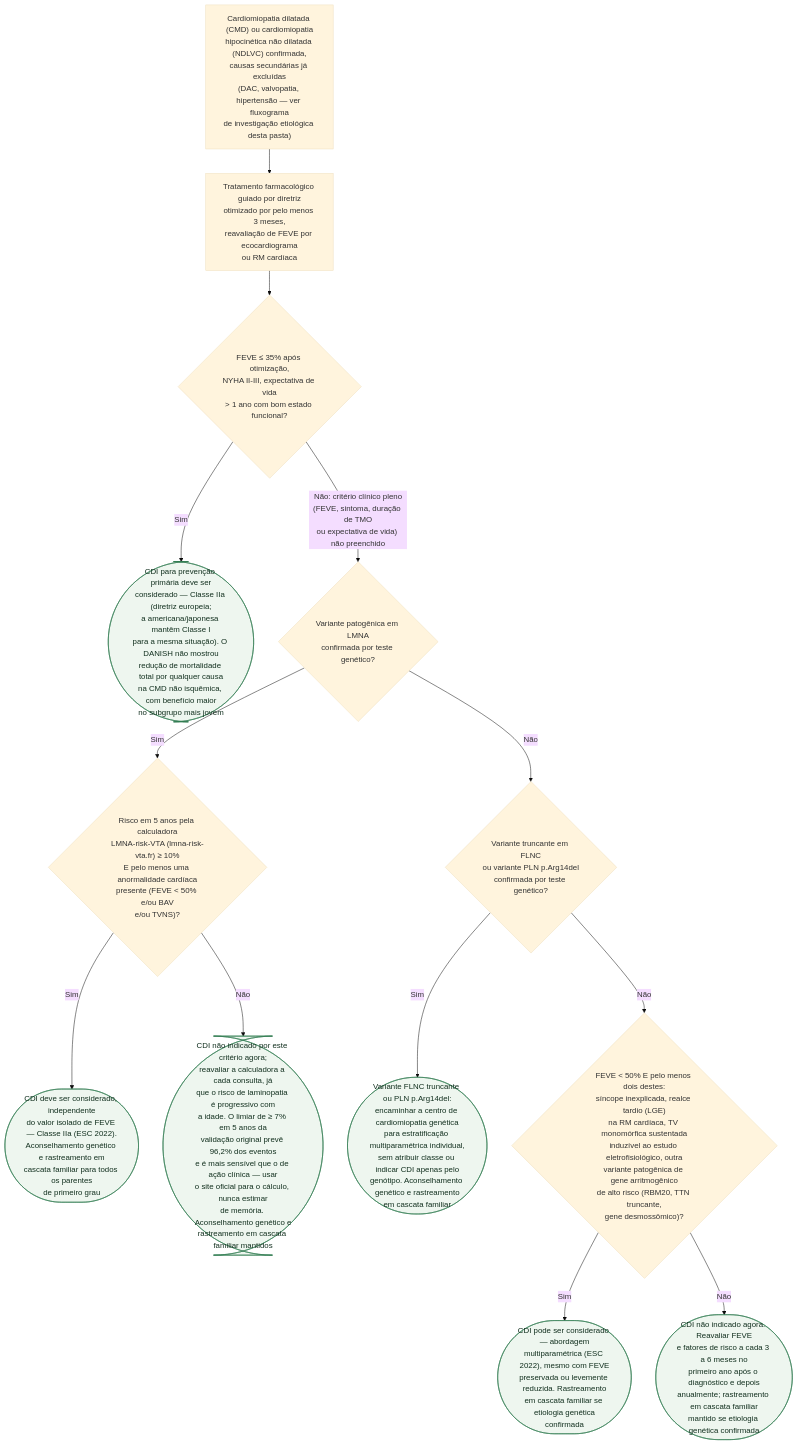
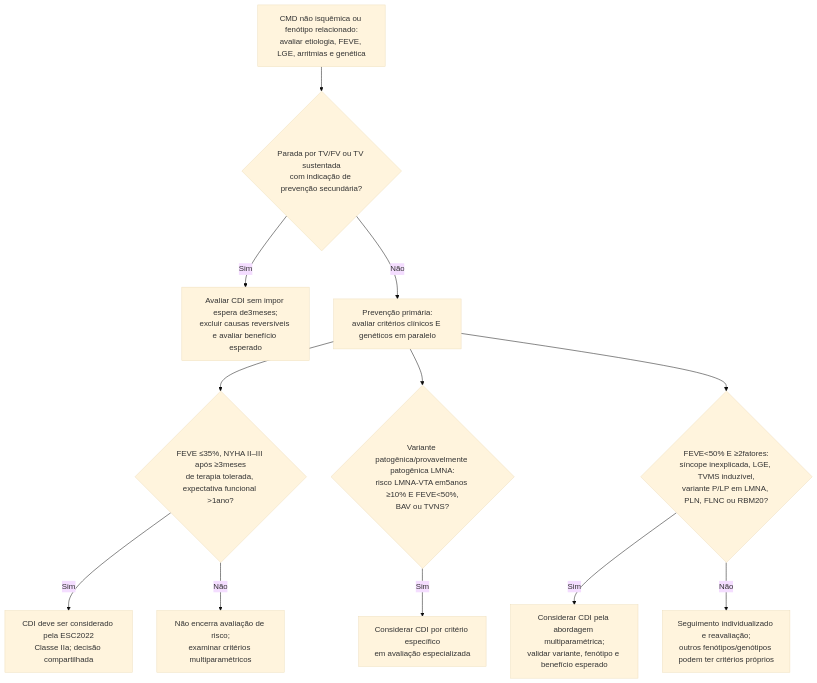
Before and after one commit to rafaelpaesmeirelles/MeuCardio: the diagram in content/Cardiomiopatias/fluxograma-cardiomiopatia-dilatada-risco-de-morte-subita-e-cdi.md, drawn with Mermaid (base theme). The commit also changed other lines of this file and 33 other files, not shown here.

````diff
--- a/content/Cardiomiopatias/fluxograma-cardiomiopatia-dilatada-risco-de-morte-subita-e-cdi.md
+++ b/content/Cardiomiopatias/fluxograma-cardiomiopatia-dilatada-risco-de-morte-subita-e-cdi.md
@@ -44,29 +77,14 @@
 ```mermaid
 flowchart TD
-  R["Cardiomiopatia dilatada (CMD) ou cardiomiopatia<br/>hipocinética não dilatada (NDLVC) confirmada,<br/>causas secundárias já excluídas<br/>(DAC, valvopatia, hipertensão — ver fluxograma<br/>de investigação etiológica desta pasta)"] --> P1["Tratamento farmacológico guiado por diretriz<br/>otimizado por pelo menos 3 meses,<br/>reavaliação de FEVE por ecocardiograma<br/>ou RM cardíaca"]
-
-  P1 --> D1{"FEVE ≤ 35% após otimização,<br/>NYHA II-III, expectativa de vida<br/>> 1 ano com bom estado funcional?"}
-
-  D1 -->|"Sim"| C1(["CDI para prevenção primária deve ser<br/>considerado — Classe IIa (diretriz europeia;<br/>a americana/japonesa mantêm Classe I<br/>para a mesma situação). O DANISH não mostrou<br/>redução de mortalidade total por qualquer causa<br/>na CMD não isquêmica, com benefício maior<br/>no subgrupo mais jovem"])
-
-  D1 -->|"Não: critério clínico pleno<br/>(FEVE, sintoma, duração de TMO<br/>ou expectativa de vida) não preenchido"| D2{"Variante patogênica em LMNA<br/>confirmada por teste genético?"}
-
-  D2 -->|"Sim"| D3{"Risco em 5 anos pela calculadora<br/>LMNA-risk-VTA (lmna-risk-vta.fr) ≥ 10%<br/>E pelo menos uma anormalidade cardíaca<br/>presente (FEVE < 50% e/ou BAV<br/>e/ou TVNS)?"}
-
-  D3 -->|"Sim"| C2(["CDI deve ser considerado, independente<br/>do valor isolado de FEVE — Classe IIa (ESC 2022).<br/>Aconselhamento genético e rastreamento em<br/>cascata familiar para todos os parentes<br/>de primeiro grau"])
-
-  D3 -->|"Não"| C3(["CDI não indicado por este critério agora;<br/>reavaliar a calculadora a cada consulta, já<br/>que o risco de laminopatia é progressivo com<br/>a idade. O limiar de ≥ 7% em 5 anos da<br/>validação original prevê 96,2% dos eventos<br/>e é mais sensível que o de ação clínica — usar<br/>o site oficial para o cálculo, nunca estimar<br/>de memória. Aconselhamento genético e<br/>rastreamento em cascata familiar mantidos"])
-
-  D2 -->|"Não"| D4{"Variante truncante em FLNC<br/>ou variante PLN p.Arg14del<br/>confirmada por teste genético?"}
-
-  D4 -->|"Sim"| C4(["Variante FLNC truncante ou PLN p.Arg14del:<br/>encaminhar a centro de cardiomiopatia genética<br/>para estratificação multiparamétrica individual,<br/>sem atribuir classe ou indicar CDI apenas pelo<br/>genótipo. Aconselhamento genético e rastreamento<br/>em cascata familiar"])
-
-  D4 -->|"Não"| D5{"FEVE < 50% E pelo menos dois destes:<br/>síncope inexplicada, realce tardio (LGE)<br/>na RM cardíaca, TV monomórfica sustentada<br/>induzível ao estudo eletrofisiológico, outra<br/>variante patogênica de gene arritmogênico<br/>de alto risco (RBM20, TTN truncante,<br/>gene desmossômico)?"}
-
-  D5 -->|"Sim"| C5(["CDI pode ser considerado — abordagem<br/>multiparamétrica (ESC 2022), mesmo com FEVE<br/>preservada ou levemente reduzida. Rastreamento<br/>em cascata familiar se etiologia genética<br/>confirmada"])
-
-  D5 -->|"Não"| C6(["CDI não indicado agora. Reavaliar FEVE<br/>e fatores de risco a cada 3 a 6 meses no<br/>primeiro ano após o diagnóstico e depois<br/>anualmente; rastreamento em cascata familiar<br/>mantido se etiologia genética confirmada"])
-
-  classDef conduta fill:#eef6ef,stroke:#2f7a4f,color:#12301f;
-  class C1,C2,C3,C4,C5,C6 conduta;
+ R["CMD não isquêmica ou fenótipo relacionado:<br/>avaliar etiologia, FEVE, LGE, arritmias e genética"] --> A{"Parada por TV/FV ou TV sustentada<br/>com indicação de prevenção secundária?"}
+ A -->|Sim| B["Avaliar CDI sem impor espera de3meses;<br/>excluir causas reversíveis e avaliar benefício esperado"]
+ A -->|Não| C["Prevenção primária:<br/>avaliar critérios clínicos E genéticos em paralelo"]
+ C --> D{"FEVE ≤35%, NYHA II–III após ≥3meses<br/>de terapia tolerada, expectativa funcional >1ano?"}
+ D -->|Sim| E["CDI deve ser considerado pela ESC2022<br/>Classe IIa; decisão compartilhada"]
+ D -->|Não| F["Não encerra avaliação de risco;<br/>examinar critérios multiparamétricos"]
+ C --> G{"Variante patogênica/provavelmente patogênica LMNA:<br/>risco LMNA-VTA em5anos ≥10% E FEVE<50%,<br/>BAV ou TVNS?"}
+ G -->|Sim| H["Considerar CDI por critério específico<br/>em avaliação especializada"]
+ C --> I{"FEVE<50% E ≥2fatores:<br/>síncope inexplicada, LGE, TVMS induzível,<br/>variante P/LP em LMNA, PLN, FLNC ou RBM20?"}
+ I -->|Sim| J["Considerar CDI pela abordagem multiparamétrica;<br/>validar variante, fenótipo e benefício esperado"]
+ I -->|Não| K["Seguimento individualizado e reavaliação;<br/>outros fenótipos/genótipos podem ter critérios próprios"]
 ```
````
